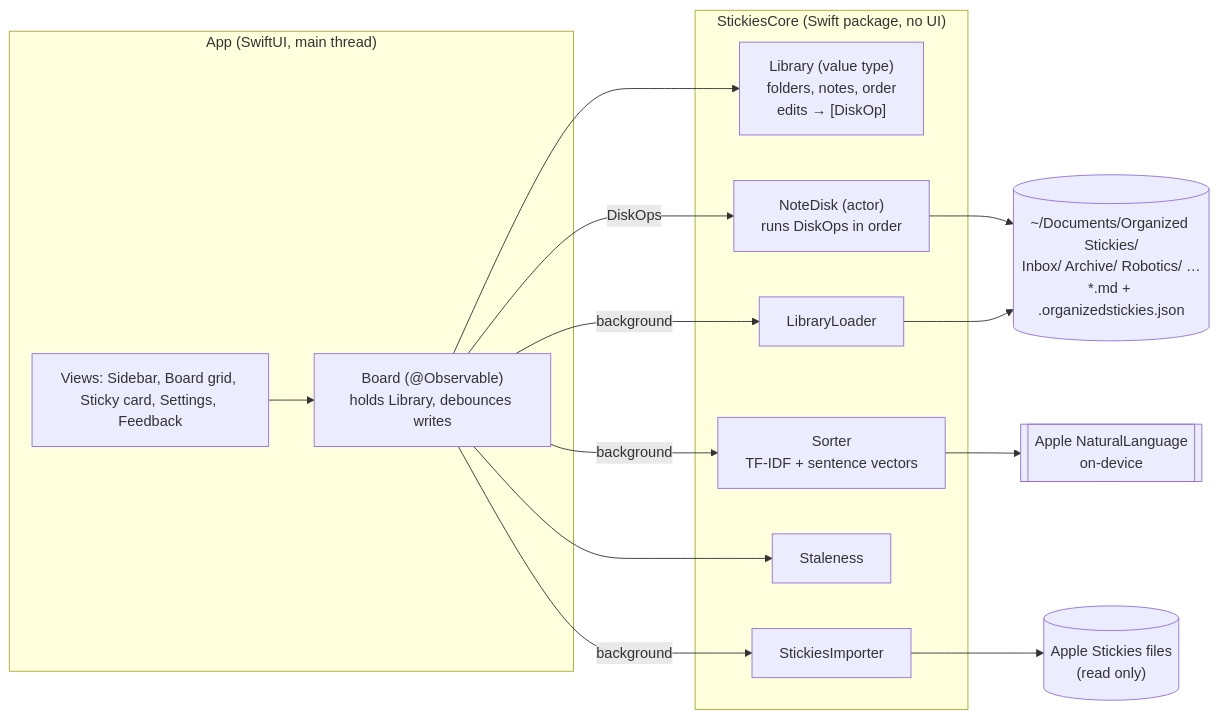
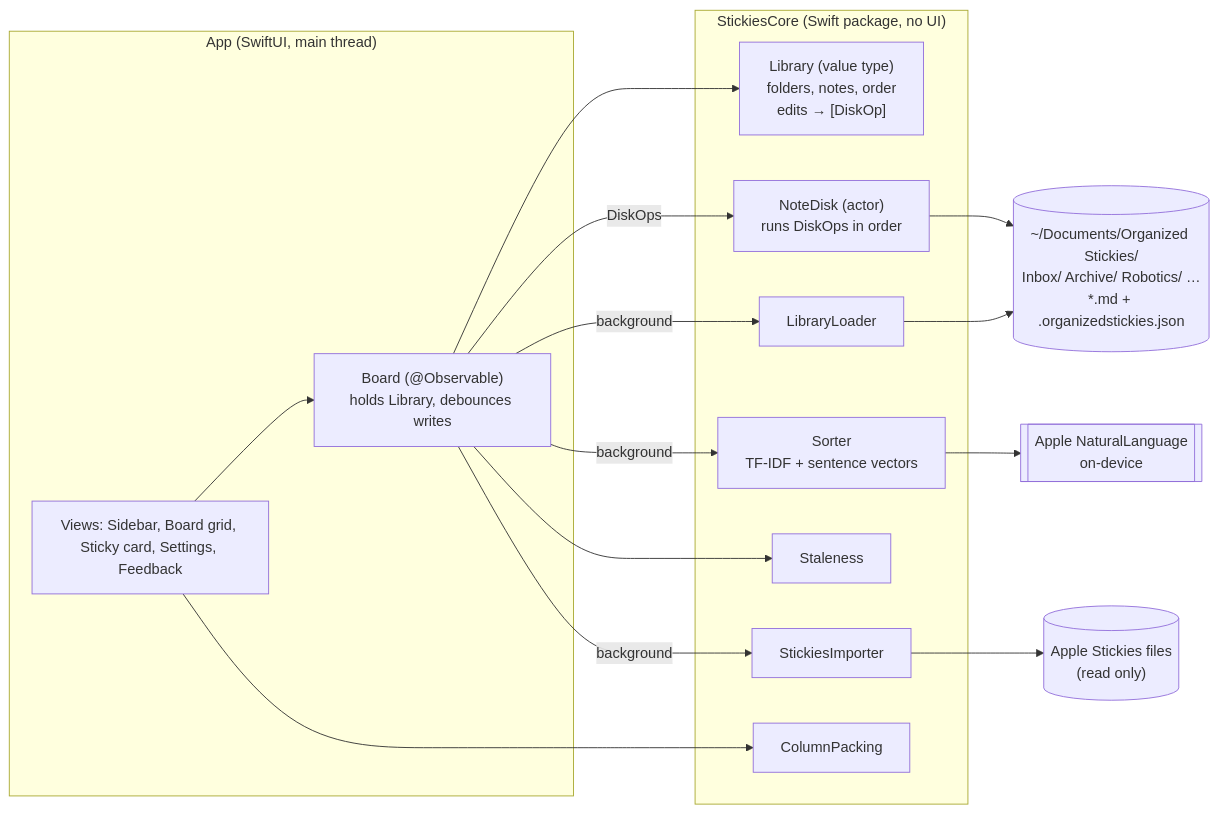
The diagram in docs/SYSTEM-DESIGN.md (amalmehta/OrganizedStickies), drawn with Mermaid before and after one commit. The commit also changed other lines of this file and 19 other files, not shown here.

````diff
--- a/docs/SYSTEM-DESIGN.md
+++ b/docs/SYSTEM-DESIGN.md
@@ -9,25 +10,27 @@
 ```mermaid
 flowchart LR
   subgraph App["App (SwiftUI, main thread)"]
     UI[Views: Sidebar, Board grid, Sticky card, Settings, Feedback]
     Board["Board (@Observable)<br/>holds Library, debounces writes"]
   end
   subgraph Core["StickiesCore (Swift package, no UI)"]
     Library["Library (value type)<br/>folders, notes, order<br/>edits → [DiskOp]"]
     Loader[LibraryLoader]
     Disk["NoteDisk (actor)<br/>runs DiskOps in order"]
     Sorter["Sorter<br/>TF-IDF + sentence vectors"]
     Stale[Staleness]
     Importer[StickiesImporter]
+    Packing[ColumnPacking]
   end
   FS[("~/Documents/Organized Stickies/<br/>Inbox/ Archive/ Robotics/ …<br/>*.md + .organizedstickies.json")]
   AS[("Apple Stickies files<br/>(read only)")]
   NL[[Apple NaturalLanguage<br/>on-device]]
 
   UI --> Board --> Library
   Board -- DiskOps --> Disk --> FS
   Board -- background --> Loader --> FS
   Board -- background --> Sorter --> NL
   Board --> Stale
+  UI --> Packing
   Board -- background --> Importer --> AS
 ```
````
